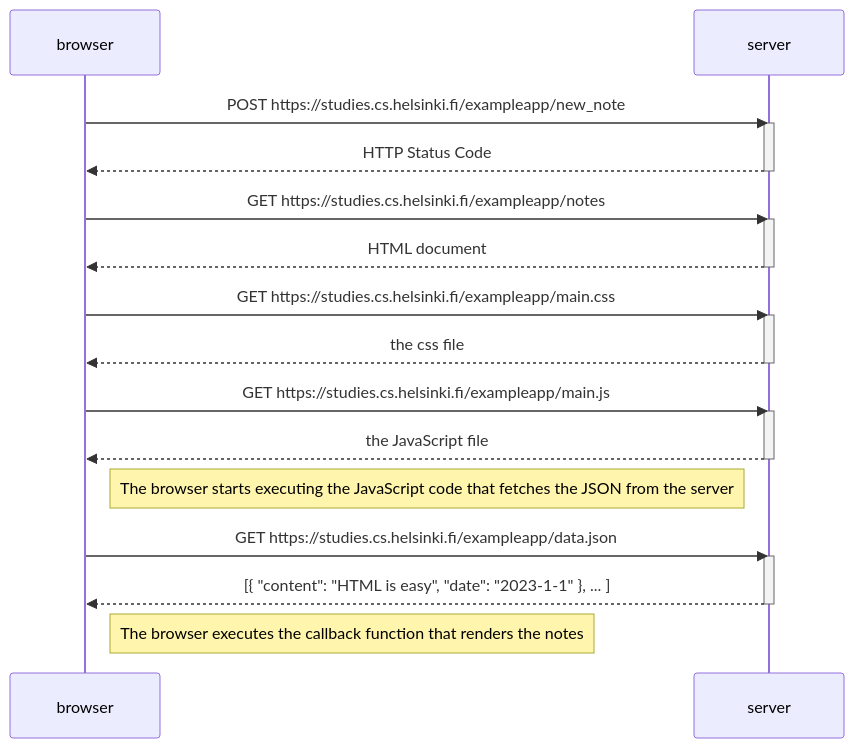
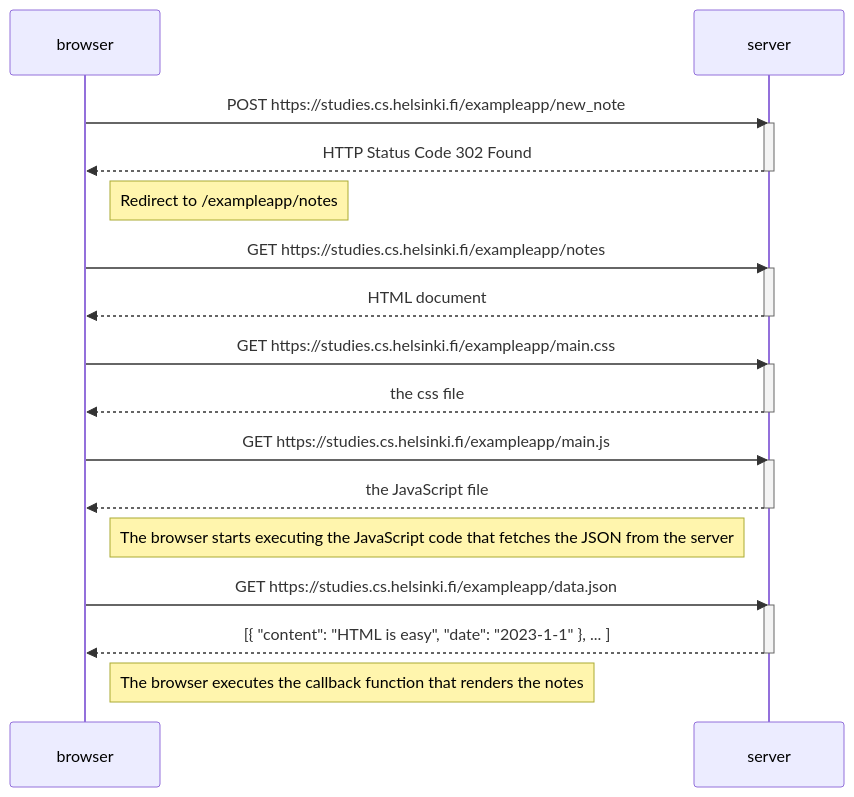
Before and after one commit to aidanmgriffin/FullStackOpen: the diagram in part0/04_diagram.md, drawn with Mermaid. The commit also changed 1 other file, not shown here.

````diff
--- a/part0/04_diagram.md
+++ b/part0/04_diagram.md
@@ -1,36 +1,38 @@
 ``` mermaid
 
 sequenceDiagram
     participant browser
     participant server
 
     browser->>server: POST https://studies.cs.helsinki.fi/exampleapp/new_note
     activate server
-    server-->>browser: HTTP Status Code
+    server-->>browser: HTTP Status Code 302 Found
     deactivate server
+
+    Note right of browser: Redirect to /exampleapp/notes
 
     browser->>server: GET https://studies.cs.helsinki.fi/exampleapp/notes
     activate server
     server-->>browser: HTML document
     deactivate server
 
     browser->>server: GET https://studies.cs.helsinki.fi/exampleapp/main.css
     activate server
     server-->>browser: the css file
     deactivate server
 
     browser->>server: GET https://studies.cs.helsinki.fi/exampleapp/main.js
     activate server
     server-->>browser: the JavaScript file
     deactivate server
 
     Note right of browser: The browser starts executing the JavaScript code that fetches the JSON from the server
 
     browser->>server: GET https://studies.cs.helsinki.fi/exampleapp/data.json
     activate server
     server-->>browser: [{ "content": "HTML is easy", "date": "2023-1-1" }, ... ]
     deactivate server
 
     Note right of browser: The browser executes the callback function that renders the notes
 
 ```
````
